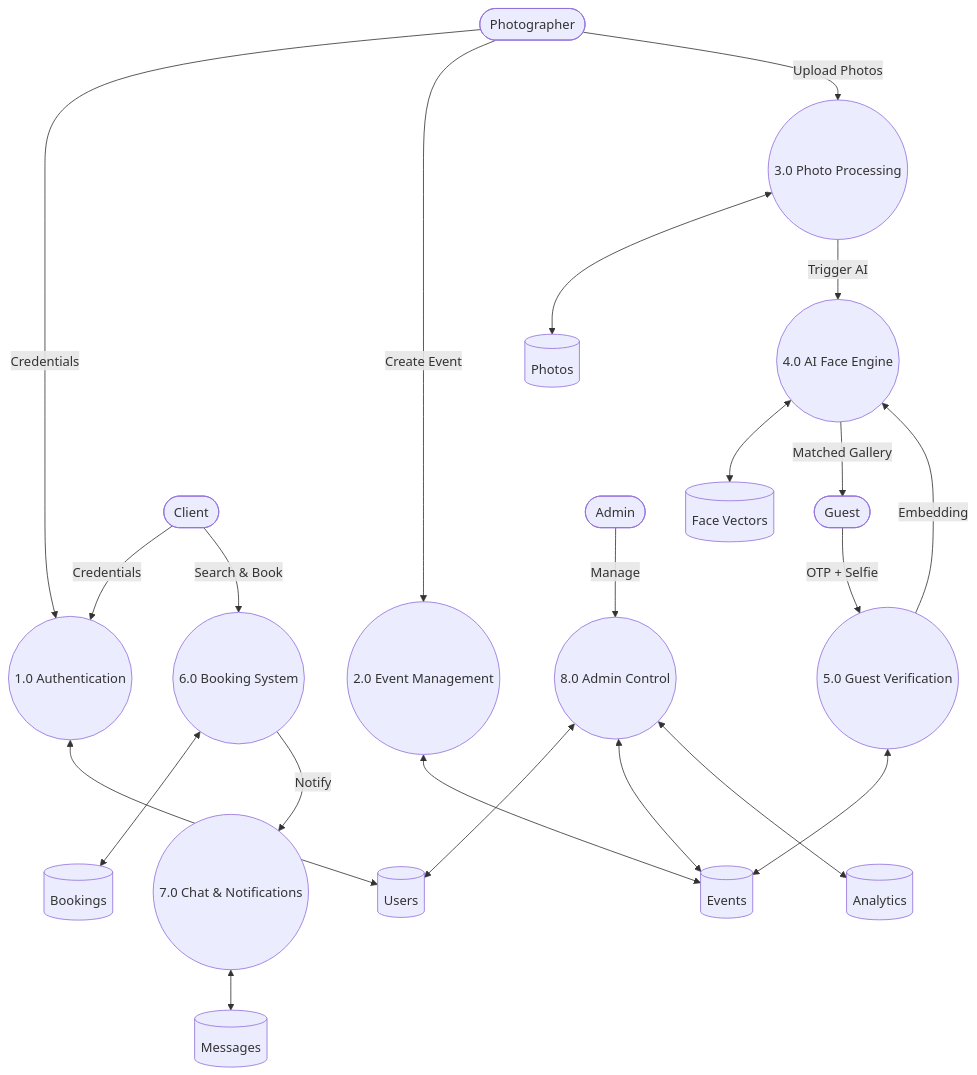
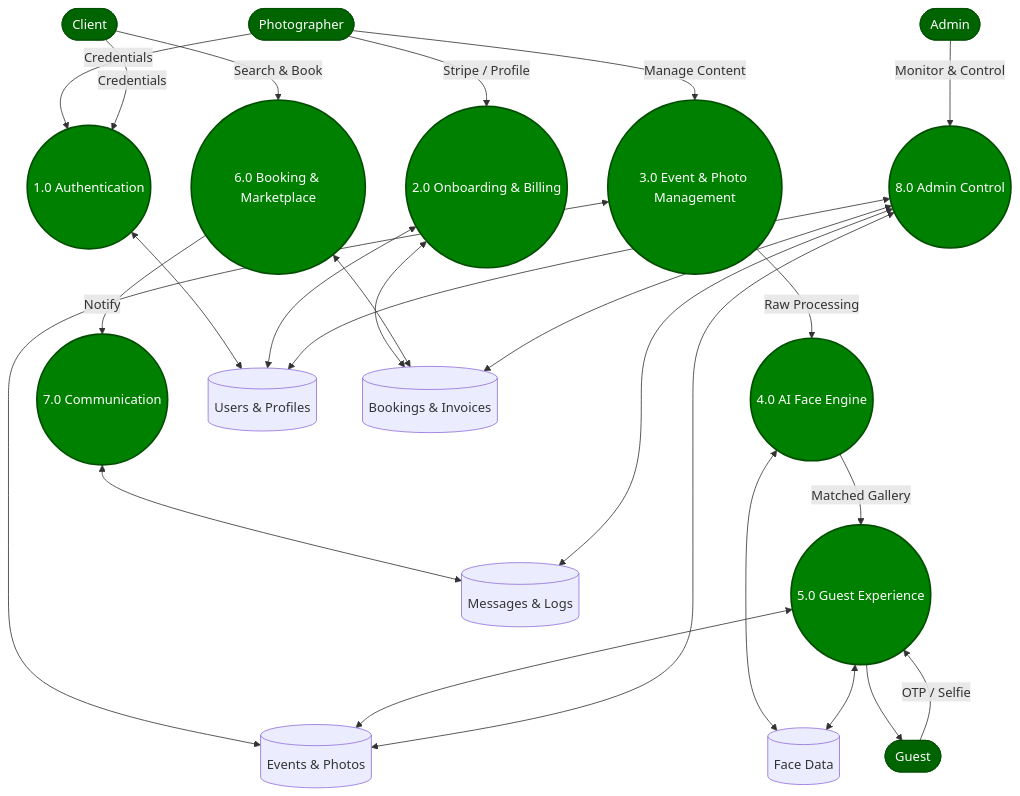
One commit to JoelJose212/SnapMoment changed the second of 13 diagrams in README.md. Above: the diagram before and after it, drawn with Mermaid.

Commit message:
Update Level 1 DFD: add Onboarding process, correct data stores, unify green styling

````diff
--- a/README.md
+++ b/README.md
@@ -102,38 +102,62 @@
 ```mermaid
 flowchart TD
+    %% Entities
+    Photographer([Photographer])
+    Client([Client])
+    Guest([Guest])
+    Admin([Admin])
+
+    %% Processes (Circles)
     P1((1.0 Authentication))
-    P2((2.0 Event Management))
-    P3((3.0 Photo Processing))
+    P2((2.0 Onboarding & Billing))
+    P3((3.0 Event & Photo Management))
     P4((4.0 AI Face Engine))
-    P5((5.0 Guest Verification))
-    P6((6.0 Booking System))
-    P7((7.0 Chat & Notifications))
+    P5((5.0 Guest Experience))
+    P6((6.0 Booking & Marketplace))
+    P7((7.0 Communication))
     P8((8.0 Admin Control))
 
-    D1[(Users)]
-    D2[(Events)]
-    D3[(Photos)]
-    D4[(Face Vectors)]
-    D5[(Bookings)]
-    D6[(Messages)]
-    D7[(Analytics)]
+    %% Data Stores
+    D1[(Users & Profiles)]
+    D2[(Events & Photos)]
+    D3[(Face Data)]
+    D4[(Bookings & Invoices)]
+    D5[(Messages & Logs)]
 
-    Photographer([Photographer]) -- Credentials --> P1 <--> D1
-    Client([Client]) -- Credentials --> P1
-
-    Photographer -- "Create Event" --> P2 <--> D2
-    Photographer -- "Upload Photos" --> P3 <--> D3
-    P3 -- "Trigger AI" --> P4 <--> D4
-
-    Guest([Guest]) -- "OTP + Selfie" --> P5 <--> D2
-    P5 -- "Embedding" --> P4
-    P4 -- "Matched Gallery" --> Guest
-
-    Client -- "Search & Book" --> P6 <--> D5
-    P6 -- "Notify" --> P7 <--> D6
-
-    Admin([Admin]) -- "Manage" --> P8
+    %% Flows
+    Photographer & Client -- "Credentials" --> P1 <--> D1
+    
+    Photographer -- "Stripe / Profile" --> P2 <--> D4
+    P2 <--> D1
+    
+    Photographer -- "Manage Content" --> P3 <--> D2
+    P3 -- "Raw Processing" --> P4 <--> D3
+    
+    Guest -- "OTP / Selfie" --> P5 <--> D2
+    P5 <--> D3
+    P4 -- "Matched Gallery" --> P5 --> Guest
+    
+    Client -- "Search & Book" --> P6 <--> D4
+    P6 -- "Notify" --> P7 <--> D5
+    
+    Admin -- "Monitor & Control" --> P8
     P8 <--> D1
     P8 <--> D2
-    P8 <--> D7
+    P8 <--> D4
+    P8 <--> D5
+
+    %% Styling
+    style P1 fill:#008000,color:#fff,stroke:#004d00,stroke-width:2px
+    style P2 fill:#008000,color:#fff,stroke:#004d00,stroke-width:2px
+    style P3 fill:#008000,color:#fff,stroke:#004d00,stroke-width:2px
+    style P4 fill:#008000,color:#fff,stroke:#004d00,stroke-width:2px
+    style P5 fill:#008000,color:#fff,stroke:#004d00,stroke-width:2px
+    style P6 fill:#008000,color:#fff,stroke:#004d00,stroke-width:2px
+    style P7 fill:#008000,color:#fff,stroke:#004d00,stroke-width:2px
+    style P8 fill:#008000,color:#fff,stroke:#004d00,stroke-width:2px
+    
+    style Photographer fill:#006400,color:#fff,stroke:#004d00
+    style Client fill:#006400,color:#fff,stroke:#004d00
+    style Guest fill:#006400,color:#fff,stroke:#004d00
+    style Admin fill:#006400,color:#fff,stroke:#004d00
 ```
````
